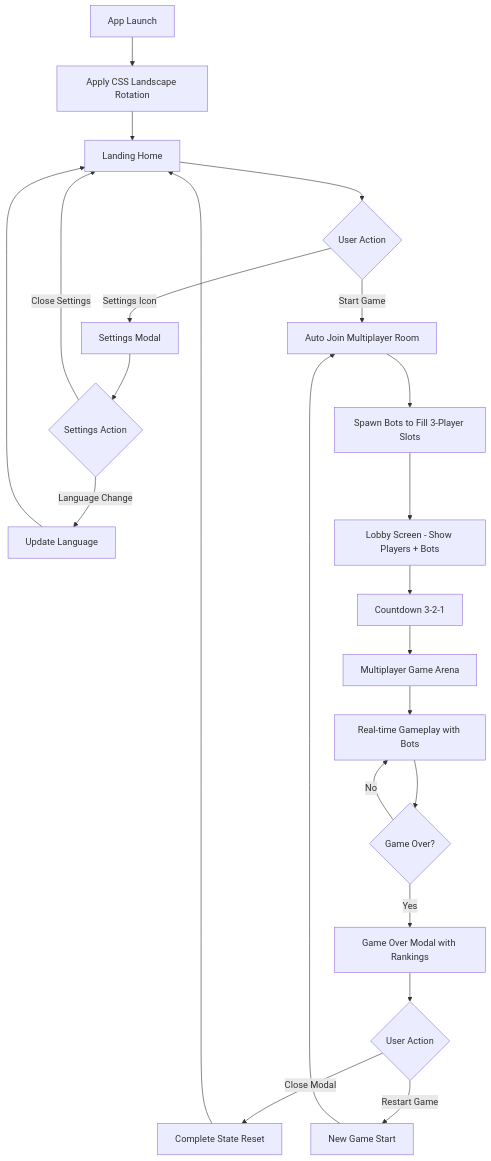
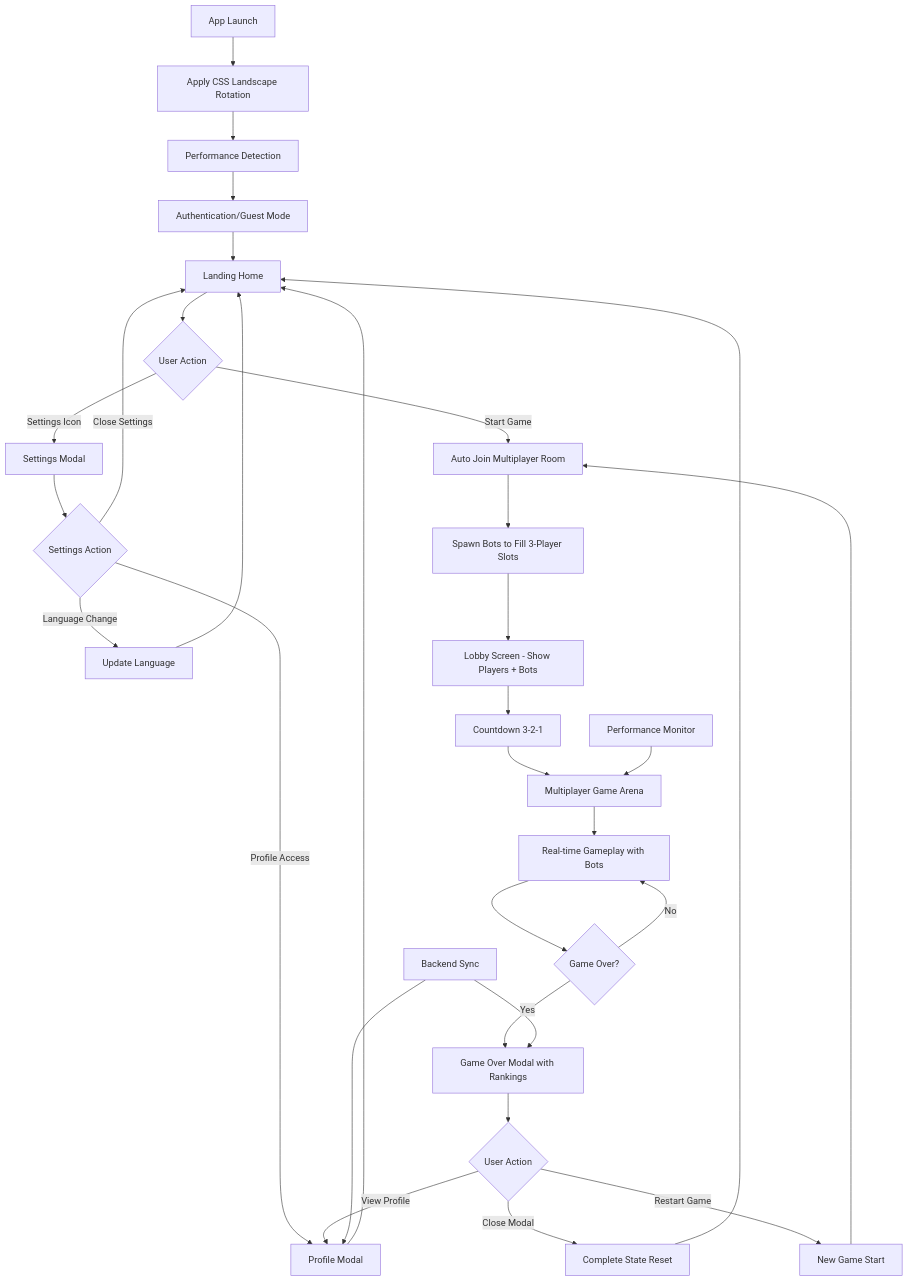
Before and after one commit to peopleinfo/worm-zone: the diagram in .trae/documents/worm-zone-prd.md, drawn with Mermaid. The commit also changed other lines of this file, not shown here.

````diff
--- a/.trae/documents/worm-zone-prd.md
+++ b/.trae/documents/worm-zone-prd.md
@@ -82,25 +161,33 @@
 ```mermaid
 graph TD
     A[App Launch] --> B[Apply CSS Landscape Rotation]
-    B --> C[Landing Home]
-    C --> D{User Action}
-    D -->|Settings Icon| E[Settings Modal]
-    D -->|Start Game| F[Auto Join Multiplayer Room]
-    E --> G{Settings Action}
-    G -->|Language Change| H[Update Language]
-    G -->|Close Settings| C
-    H --> C
-    F --> I[Spawn Bots to Fill 3-Player Slots]
-    I --> J[Lobby Screen - Show Players + Bots]
-    J --> K[Countdown 3-2-1]
-    K --> L[Multiplayer Game Arena]
-    L --> M[Real-time Gameplay with Bots]
-    M --> N{Game Over?}
-    N -->|No| M
-    N -->|Yes| O[Game Over Modal with Rankings]
-    O --> P{User Action}
-    P -->|Close Modal| Q[Complete State Reset]
-    P -->|Restart Game| R[New Game Start]
-    Q --> C
-    R --> F
+    B --> C[Performance Detection]
+    C --> D[Authentication/Guest Mode]
+    D --> E[Landing Home]
+    E --> F{User Action}
+    F -->|Settings Icon| G[Settings Modal]
+    F -->|Start Game| H[Auto Join Multiplayer Room]
+    G --> I{Settings Action}
+    I -->|Language Change| J[Update Language]
+    I -->|Profile Access| K[Profile Modal]
+    I -->|Close Settings| E
+    J --> E
+    K --> E
+    H --> L[Spawn Bots to Fill 3-Player Slots]
+    L --> M[Lobby Screen - Show Players + Bots]
+    M --> N[Countdown 3-2-1]
+    N --> O[Multiplayer Game Arena]
+    O --> P[Real-time Gameplay with Bots]
+    P --> Q{Game Over?}
+    Q -->|No| P
+    Q -->|Yes| R[Game Over Modal with Rankings]
+    R --> S{User Action}
+    S -->|Close Modal| T[Complete State Reset]
+    S -->|Restart Game| U[New Game Start]
+    S -->|View Profile| K
+    T --> E
+    U --> H
+    V[Performance Monitor] --> O
+    W[Backend Sync] --> K
+    W --> R
 ```
````
